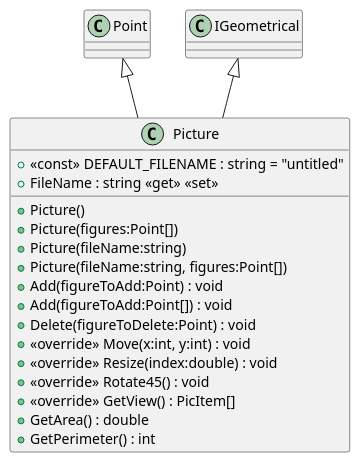
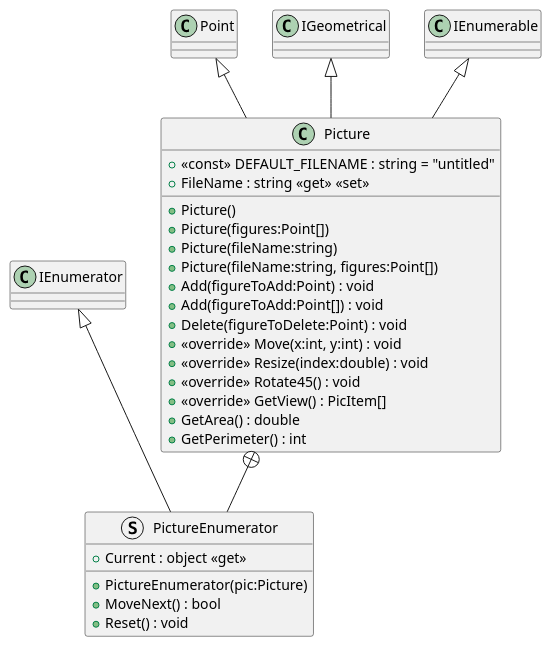
Before and after one commit to 19vano97/levelUpOOP: the diagram in plantuml/20240701_HW_Inheritence/Picture.puml, drawn with PlantUML. The commit also changed 33 other files, not shown here.

```diff
--- a/plantuml/20240701_HW_Inheritence/Picture.puml
+++ b/plantuml/20240701_HW_Inheritence/Picture.puml
@@ -1,21 +1,30 @@
 @startuml
 class Picture {
     + <<const>> DEFAULT_FILENAME : string = "untitled"
     + Picture()
     + Picture(figures:Point[])
     + Picture(fileName:string)
     + Picture(fileName:string, figures:Point[])
     + FileName : string <<get>> <<set>>
     + Add(figureToAdd:Point) : void
     + Add(figureToAdd:Point[]) : void
     + Delete(figureToDelete:Point) : void
     + <<override>> Move(x:int, y:int) : void
     + <<override>> Resize(index:double) : void
     + <<override>> Rotate45() : void
     + <<override>> GetView() : PicItem[]
     + GetArea() : double
     + GetPerimeter() : int
 }
+struct PictureEnumerator {
+    + PictureEnumerator(pic:Picture)
+    + Current : object <<get>>
+    + MoveNext() : bool
+    + Reset() : void
+}
 Point <|-- Picture
 IGeometrical <|-- Picture
+IEnumerable <|-- Picture
+Picture +-- PictureEnumerator
+IEnumerator <|-- PictureEnumerator
 @enduml
```
